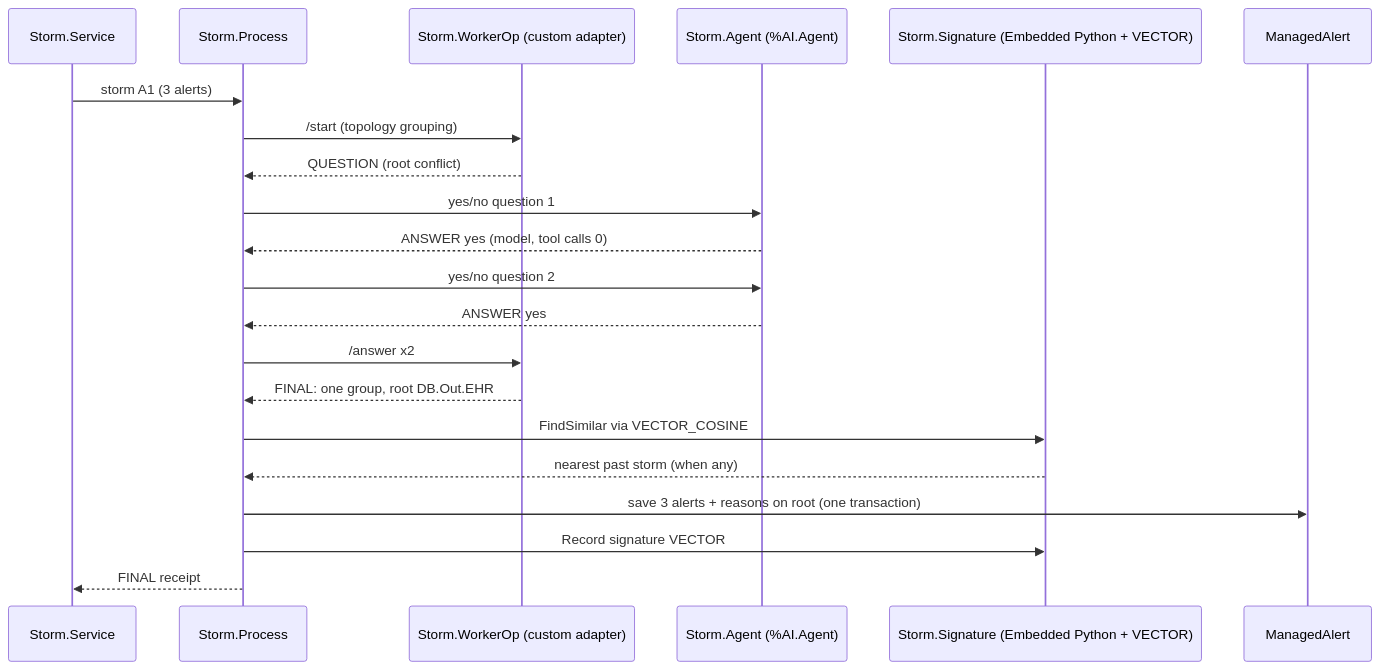
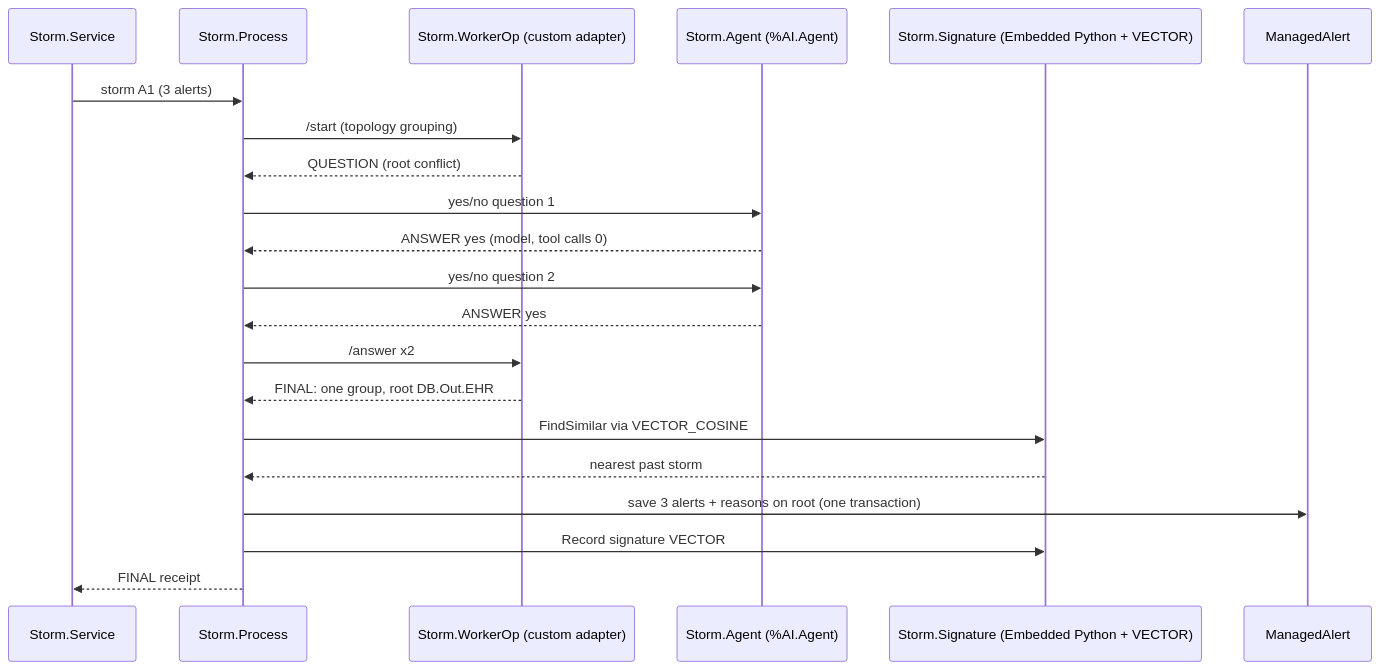
One commit to inunanba/storm-link changed the diagram in docs/NATIVE_FEATURES.md. Above: the diagram before and after it, drawn with Mermaid. The commit also changed other lines of this file and 2 other files, not shown here.

````diff
--- a/docs/NATIVE_FEATURES.md
+++ b/docs/NATIVE_FEATURES.md
@@ -25,23 +25,23 @@
 ```mermaid
 sequenceDiagram
   participant S as Storm.Service
   participant P as Storm.Process
   participant W as Storm.WorkerOp (custom adapter)
   participant A as Storm.Agent (%AI.Agent)
   participant V as Storm.Signature (Embedded Python + VECTOR)
   participant M as ManagedAlert
   S->>P: storm A1 (3 alerts)
   P->>W: /start (topology grouping)
   W-->>P: QUESTION (root conflict)
   P->>A: yes/no question 1
   A-->>P: ANSWER yes (model, tool calls 0)
   P->>A: yes/no question 2
   A-->>P: ANSWER yes
   P->>W: /answer x2
   W-->>P: FINAL: one group, root DB.Out.EHR
   P->>V: FindSimilar via VECTOR_COSINE
-  V-->>P: nearest past storm (when any)
+  V-->>P: nearest past storm
   P->>M: save 3 alerts + reasons on root (one transaction)
   P->>V: Record signature VECTOR
   P-->>S: FINAL receipt
 ```
````
